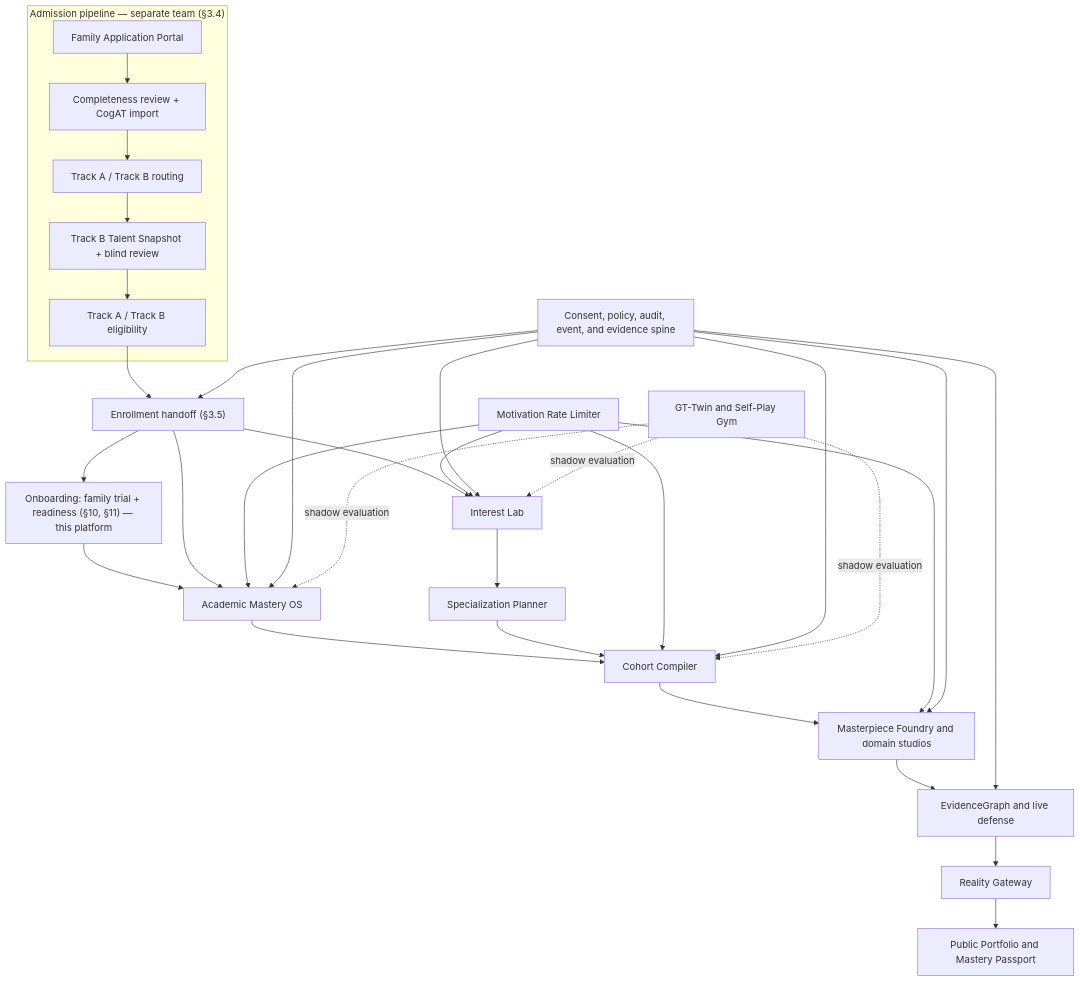
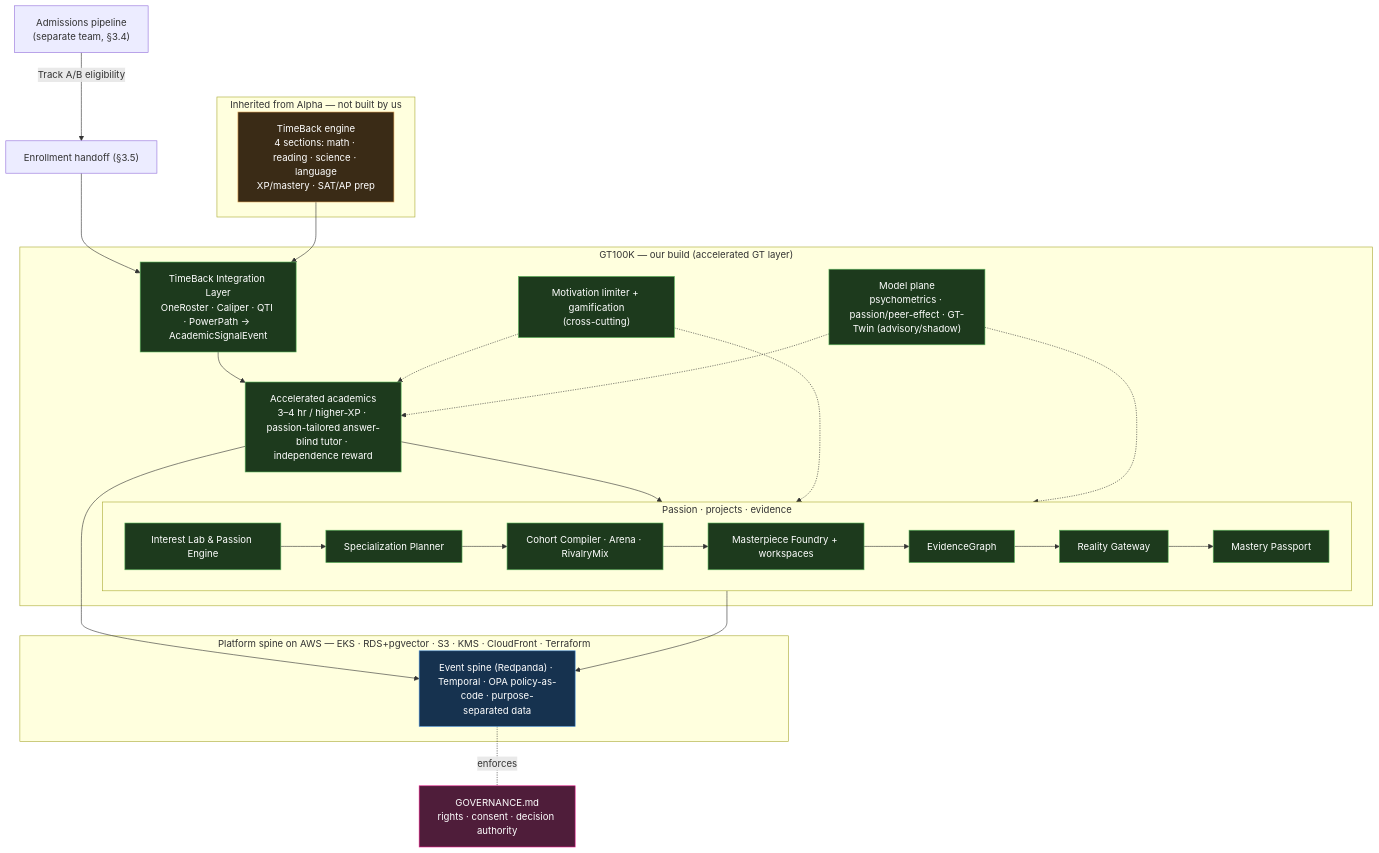
One commit to spinkicks/gt100k changed the first of 4 diagrams in PRD.md. Above: the diagram before and after it, drawn with Mermaid. The commit also changed other lines of this file, not shown here.

Commit message:
docs(prd): refine to Alpha/TimeBack scope + refreshed architecture diagram
Reframe core academics as inherited from Alpha's TimeBack (4-section XP model, 3-4h accelerated); add the TimeBack Integration Layer keystone (AcademicSignalEvent); mark gamification first-class; commit hosting to AWS (section 26.6); point governance to GOVERNANCE.md; replace the section 7 system map with a manager-worthy layered architecture diagram. Changelog v1.7.

````diff
--- a/PRD.md
+++ b/PRD.md
@@ -335,34 +343,45 @@
 ```mermaid
-flowchart TD
-    subgraph ADM["Admission pipeline — separate team (§3.4)"]
-      A["Family Application Portal"] --> B["Completeness review + CogAT import"]
-      B --> C["Track A / Track B routing"]
-      C --> D["Track B Talent Snapshot + blind review"]
-      D --> DE["Track A / Track B eligibility"]
+flowchart TB
+    ADM["Admissions pipeline<br/>(separate team, §3.4)"] -->|Track A/B eligibility| HO["Enrollment handoff (§3.5)"]
+
+    subgraph EXT["Inherited from Alpha — not built by us"]
+        TB["TimeBack engine<br/>4 sections: math · reading · science · language<br/>XP/mastery · SAT/AP prep"]
     end
-    DE --> HO["Enrollment handoff (§3.5)"]
-    HO --> OB["Onboarding: family trial + readiness (§10, §11) — this platform"]
-    OB --> E["Academic Mastery OS"]
-    HO --> E
-    HO --> F["Interest Lab"]
-    F --> G["Specialization Planner"]
-    E --> H["Cohort Compiler"]
-    G --> H
-    H --> I["Masterpiece Foundry and domain studios"]
-    I --> J["EvidenceGraph and live defense"]
-    J --> K["Reality Gateway"]
-    K --> L["Public Portfolio and Mastery Passport"]
-    M["Motivation Rate Limiter"] --> E
-    M --> F
-    M --> H
-    M --> I
-    N["Consent, policy, audit, event, and evidence spine"] --> HO
-    N --> E
-    N --> F
-    N --> H
-    N --> I
-    N --> J
-    O["GT-Twin and Self-Play Gym"] -. shadow evaluation .-> E
-    O -. shadow evaluation .-> F
-    O -. shadow evaluation .-> H
+
+    subgraph GT["GT100K — our build (accelerated GT layer)"]
+        IL["TimeBack Integration Layer<br/>OneRoster · Caliper · QTI · PowerPath → AcademicSignalEvent"]
+        ACC["Accelerated academics<br/>3–4 hr / higher-XP · passion-tailored answer-blind tutor · independence reward"]
+        subgraph AFT["Passion · projects · evidence"]
+            LAB["Interest Lab & Passion Engine"] --> SP["Specialization Planner"] --> CO["Cohort Compiler · Arena · RivalryMix"] --> MF["Masterpiece Foundry + workspaces"] --> EG["EvidenceGraph"] --> RG["Reality Gateway"] --> PP["Mastery Passport"]
+        end
+        MOT["Motivation limiter + gamification<br/>(cross-cutting)"]
+        MODEL["Model plane<br/>psychometrics · passion/peer-effect · GT-Twin (advisory/shadow)"]
+    end
+
+    subgraph AWS["Platform spine on AWS — EKS · RDS+pgvector · S3 · KMS · CloudFront · Terraform"]
+        SPINE["Event spine (Redpanda) · Temporal · OPA policy-as-code · purpose-separated data"]
+    end
+
+    GOV["GOVERNANCE.md<br/>rights · consent · decision authority"]
+
+    HO --> IL
+    TB --> IL
+    IL --> ACC
+    ACC --> AFT
+    MOT -.-> ACC
+    MOT -.-> AFT
+    MODEL -.-> ACC
+    MODEL -.-> AFT
+    ACC --> SPINE
+    AFT --> SPINE
+    SPINE -. enforces .- GOV
+
+    classDef ext fill:#3a2b16,stroke:#e0a458,color:#fff;
+    classDef gt fill:#1d3a1d,stroke:#5cb85c,color:#fff;
+    classDef aws fill:#16324f,stroke:#4a90d9,color:#fff;
+    classDef gov fill:#4f1d3a,stroke:#e91e8c,color:#fff;
+    class TB ext;
+    class IL,ACC,LAB,SP,CO,MF,EG,RG,PP,MOT,MODEL gt;
+    class SPINE aws;
+    class GOV gov;
 ```
````
